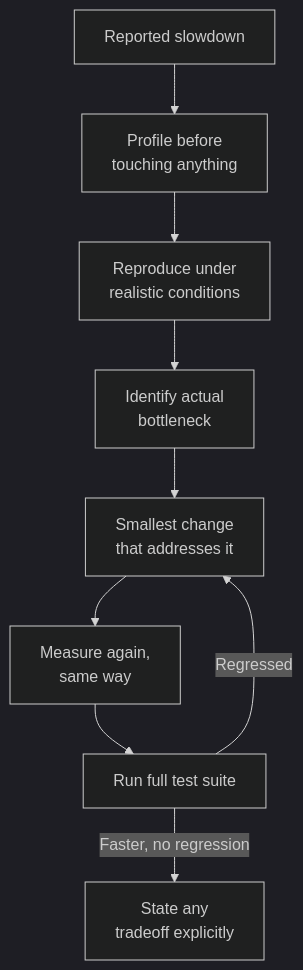
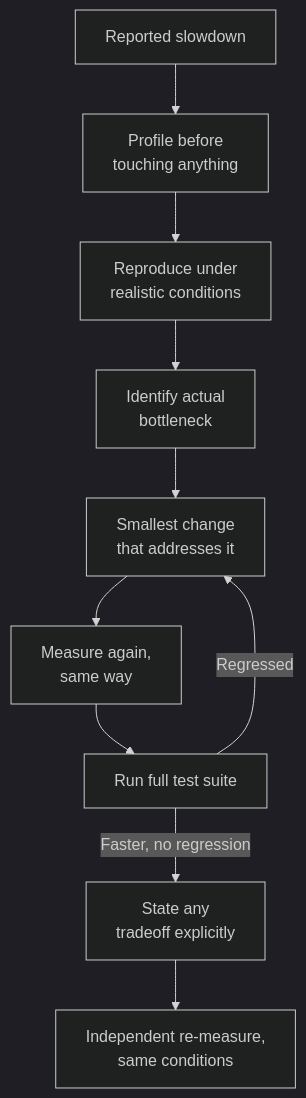
One commit to chiragmangaldev3112/agent-playbooks changed diagram 21 of 38 in FLOWS.md. Above: the diagram before and after it, drawn with Mermaid (dark theme). The commit also changed other lines of this file and 6 other files, not shown here.

First line of the commit message:
Sync docs for content 1.29.0: flows, examples, changelog, custom bots

````diff
--- a/FLOWS.md
+++ b/FLOWS.md
@@ -358,11 +411,12 @@
 ```mermaid
 flowchart TD
     A[Reported slowdown] --> B[Profile before\ntouching anything]
     B --> C[Reproduce under\nrealistic conditions]
     C --> D[Identify actual\nbottleneck]
     D --> E[Smallest change\nthat addresses it]
     E --> F[Measure again,\nsame way]
     F --> G[Run full test suite]
     G -->|Regressed| E
     G -->|Faster, no regression| H[State any\ntradeoff explicitly]
+    H --> V[Independent re-measure,\nsame conditions]
 ```
````
